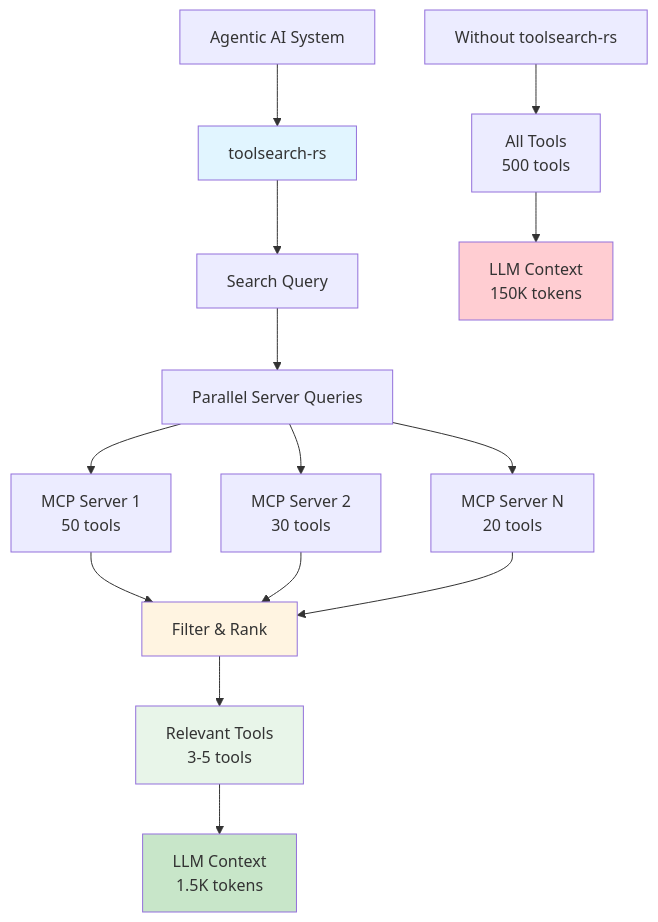
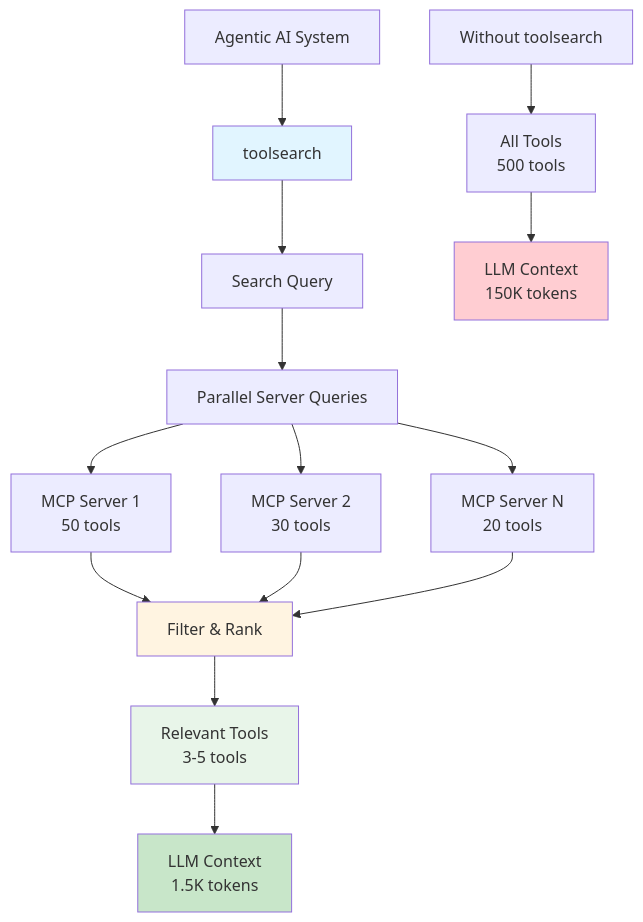
Before and after one commit to yingkitw/toolsearch: the diagram in README.md, drawn with Mermaid. The commit also changed other lines of this file and 5 other files, not shown here.

````diff
--- a/README.md
+++ b/README.md
@@ -526,23 +526,23 @@
 ```mermaid
 graph TB
-    A[Agentic AI System] --> B[toolsearch-rs]
+    A[Agentic AI System] --> B[toolsearch]
     B --> C[Search Query]
     C --> D[Parallel Server Queries]
     D --> E[MCP Server 1<br/>50 tools]
     D --> F[MCP Server 2<br/>30 tools]
     D --> G[MCP Server N<br/>20 tools]
     E --> H[Filter & Rank]
     F --> H
     G --> H
     H --> I[Relevant Tools<br/>3-5 tools]
     I --> J[LLM Context<br/>1.5K tokens]
     
-    K[Without toolsearch-rs] --> L[All Tools<br/>500 tools]
+    K[Without toolsearch] --> L[All Tools<br/>500 tools]
     L --> M[LLM Context<br/>150K tokens]
     
     style B fill:#e1f5ff
     style H fill:#fff4e1
     style I fill:#e8f5e9
     style J fill:#c8e6c9
     style M fill:#ffcdd2
 ```
````
